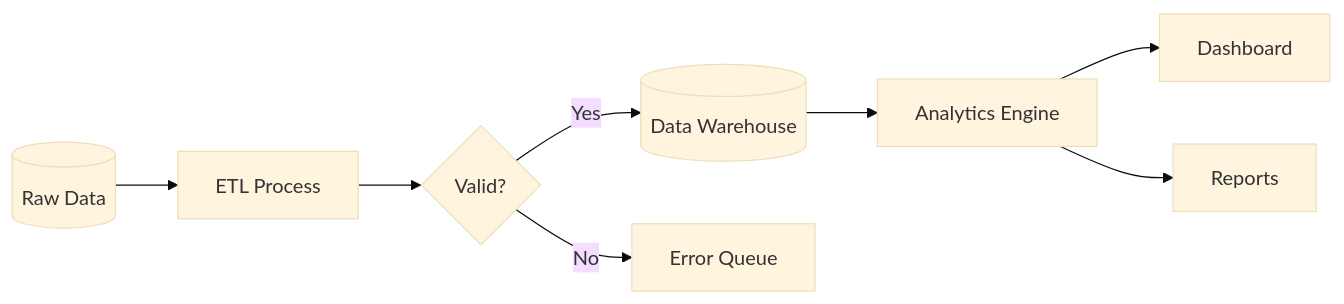
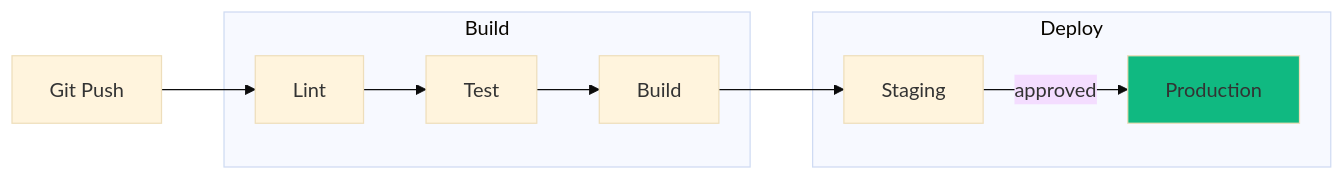
One commit to marcusquinn/aidevops changed diagram 13 of 13 in .agents/tools/diagrams/mermaid-diagrams-skill/references/FLOWCHARTS.md. Above: the diagram before and after it, drawn with Mermaid (base theme). The commit also changed other lines of this file, not shown here.

Commit message:
simplification: tighten FLOWCHARTS.md reference doc (431→217 lines) (GH#7986)

````diff
--- a/.agents/tools/diagrams/mermaid-diagrams-skill/references/FLOWCHARTS.md
+++ b/.agents/tools/diagrams/mermaid-diagrams-skill/references/FLOWCHARTS.md
@@ -422,10 +204,14 @@
 ```mermaid
 flowchart LR
-    Input[(Raw Data)] --> Transform[ETL Process]
-    Transform --> Validate{Valid?}
-    Validate -->|Yes| Store[(Data Warehouse)]
-    Validate -->|No| Error[Error Queue]
-    Store --> Analytics[Analytics Engine]
-    Analytics --> Dashboard[Dashboard]
-    Analytics --> Reports[Reports]
+    subgraph Build
+        Lint[Lint] --> Test[Test] --> Compile[Build]
+    end
+    subgraph Deploy
+        Staging[Staging]
+        Prod[Production]
+    end
+    Git[Git Push] --> Lint
+    Compile --> Staging
+    Staging -->|approved| Prod
+    style Prod fill:#10b981
 ```
````
